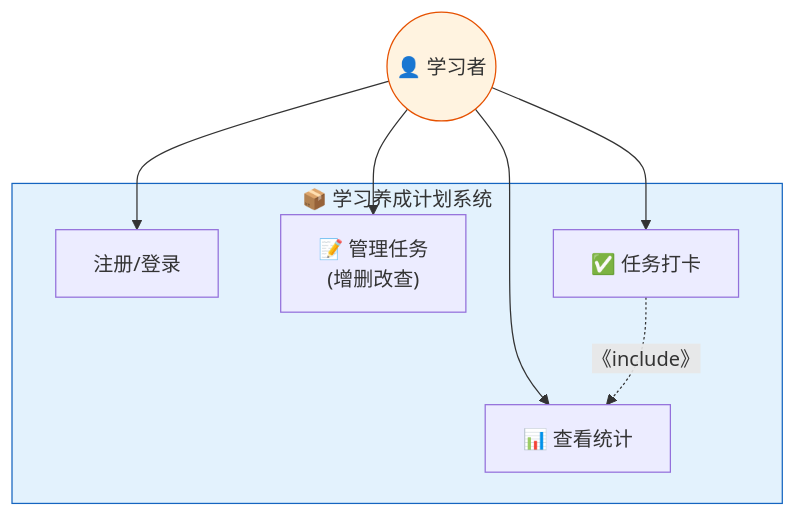
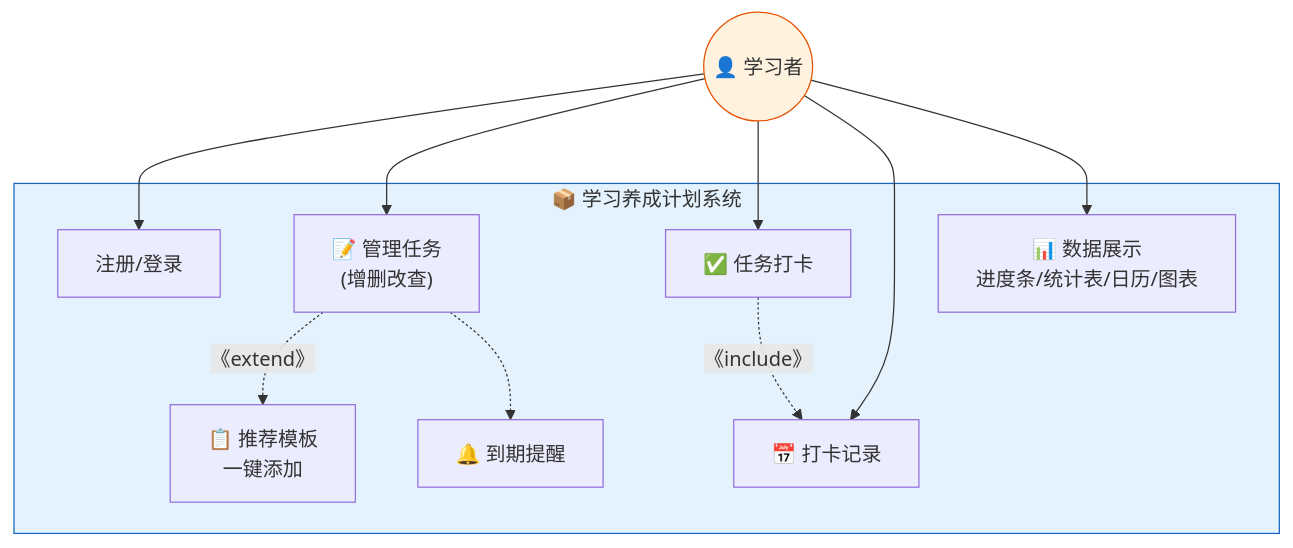
The second of 7 diagrams in 需求报告.md (TonyzzZ666/Study-Agent), drawn with Mermaid before and after one commit. The commit also changed other lines of this file and 1 other file, not shown here.

Commit message:
v3.2: 加回全部功能点（推荐/提醒/日历/图表），用最简单方式实现

````diff
--- a/需求报告.md
+++ b/需求报告.md
@@ -69,19 +72,25 @@
 ```mermaid
 flowchart TD
     subgraph System["📦 学习养成计划系统"]
         UC01[注册/登录]
         UC02["📝 管理任务<br/>(增删改查)"]
-        UC03["✅ 任务打卡"]
-        UC04["📊 查看统计"]
+        UC03["📋 推荐模板<br/>一键添加"]
+        UC04["✅ 任务打卡"]
+        UC05["📅 打卡记录"]
+        UC06["📊 数据展示<br/>进度条/统计表/日历/图表"]
+        UC07["🔔 到期提醒"]
     end
 
     Actor((👤 学习者))
     Actor --> UC01
     Actor --> UC02
-    Actor --> UC03
     Actor --> UC04
-    UC03 -.->|《include》| UC04
+    Actor --> UC05
+    Actor --> UC06
+    UC02 -.->|《extend》| UC03
+    UC04 -.->|《include》| UC05
+    UC02 -.-> UC07
 
     style System fill:#e3f2fd,stroke:#1565c0
     style Actor fill:#fff3e0,stroke:#e65100
 ```
````
